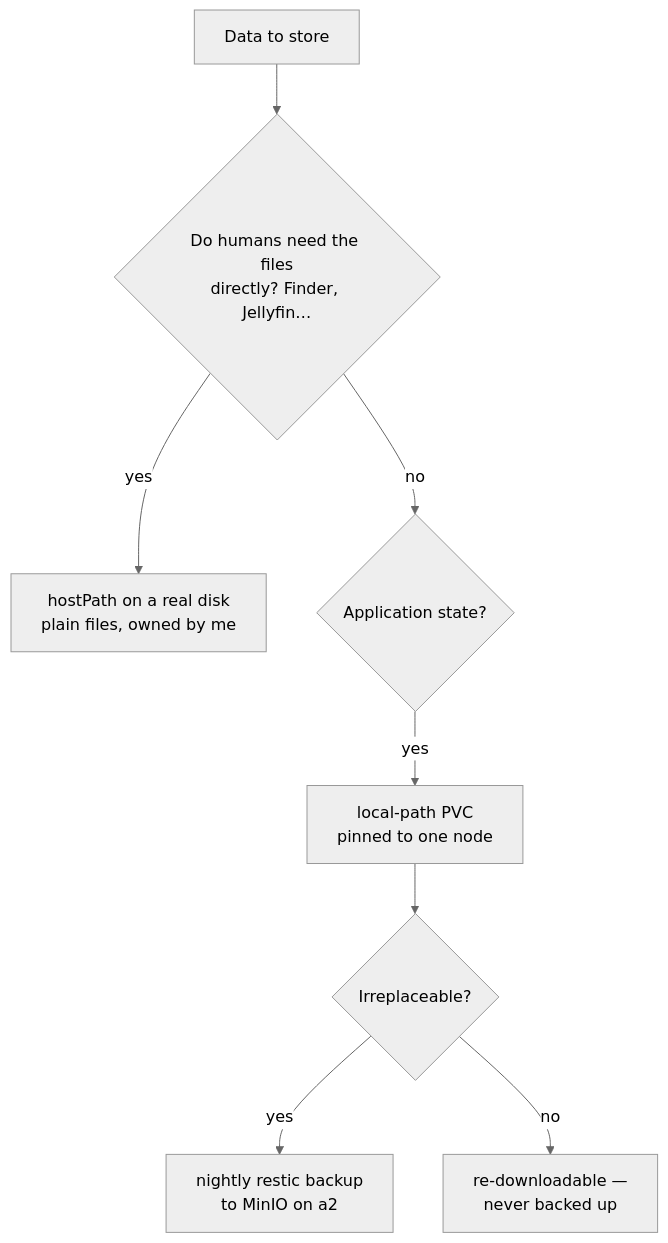
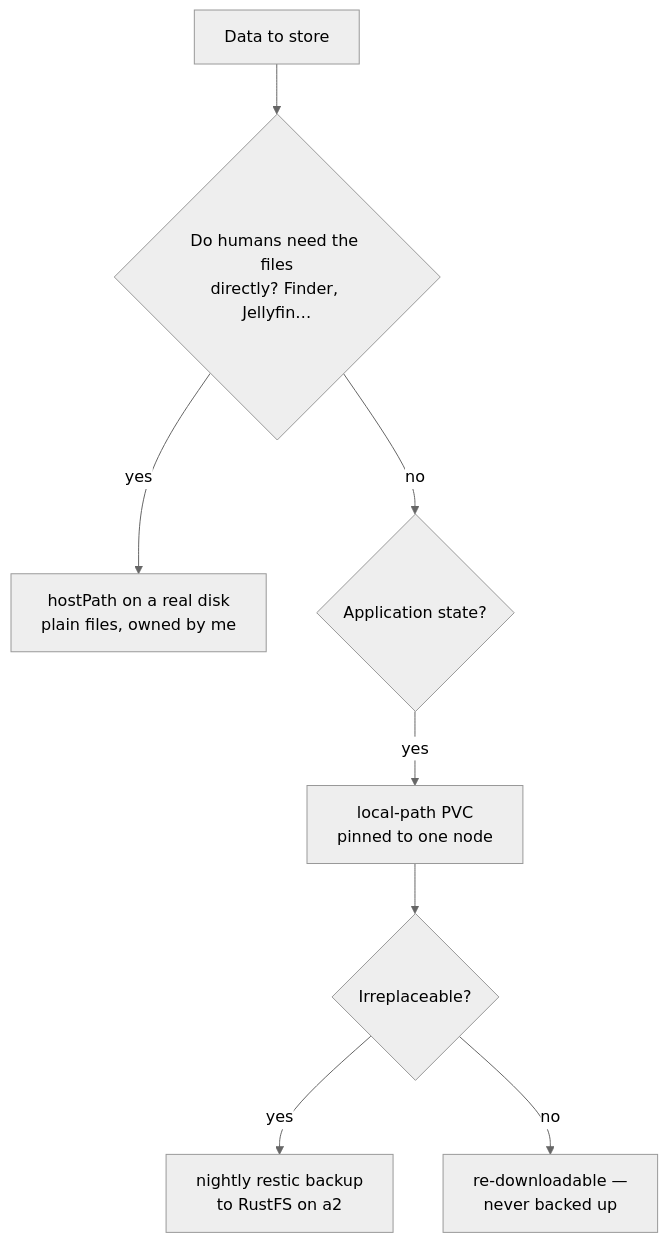
Before and after one commit to briancaffey/home-lab: the diagram in docs-site/docs/foundations/storage.md, drawn with Mermaid (neutral theme). The commit also changed other lines of this file and 28 other files, not shown here.

````diff
--- a/docs-site/docs/foundations/storage.md
+++ b/docs-site/docs/foundations/storage.md
@@ -14,10 +14,10 @@
 ```mermaid
 graph TD
     A[Data to store] --> B{Do humans need the files<br/>directly? Finder, Jellyfin…}
     B -- yes --> C[hostPath on a real disk<br/>plain files, owned by me]
     B -- no --> D{Application state?}
     D -- yes --> E[local-path PVC<br/>pinned to one node]
     E --> F{Irreplaceable?}
-    F -- yes --> G[nightly restic backup<br/>to MinIO on a2]
+    F -- yes --> G[nightly restic backup<br/>to RustFS on a2]
     F -- no --> H[re-downloadable —<br/>never backed up]
 ```
````
